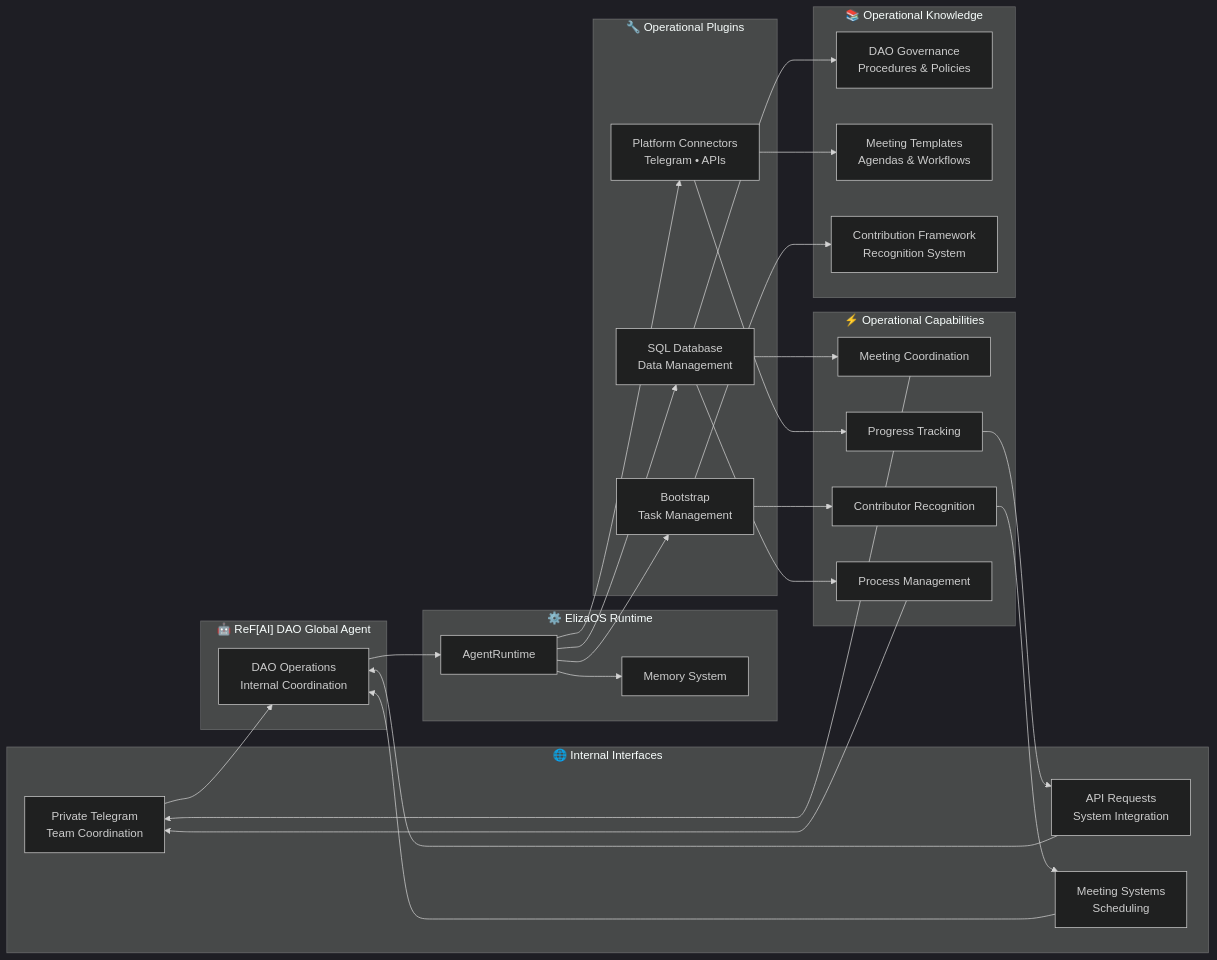
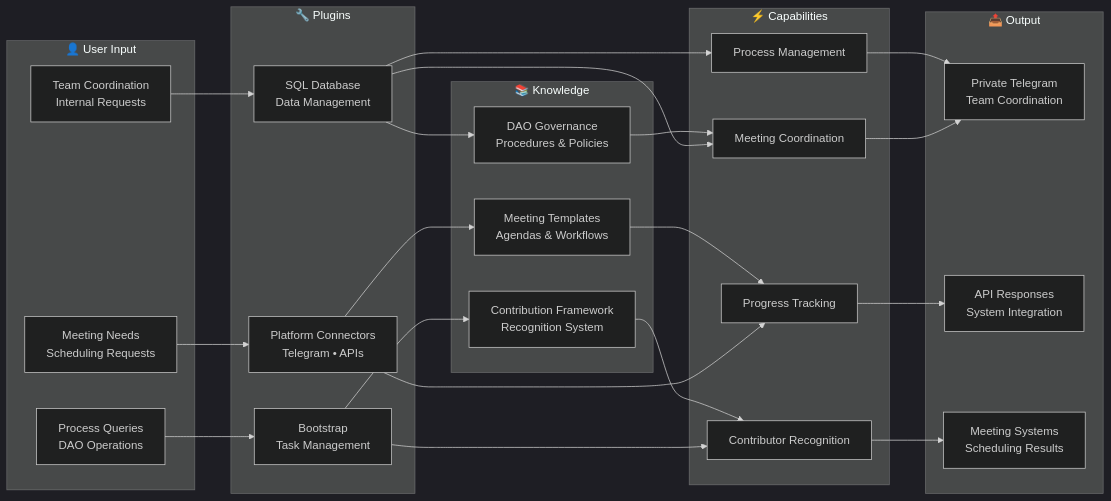
Before and after one commit to ReFiDAO/regen_eliza-refi_dao: the third of 4 diagrams in README.md, drawn with Mermaid (dark theme). The commit also changed other lines of this file, not shown here.

First line of the commit message:
feat: Streamline architecture diagrams in README.md

````diff
--- a/README.md
+++ b/README.md
@@ -194,67 +157,61 @@
 ```mermaid
 graph LR
-    %% External Interfaces - Internal Focus
-    subgraph "🌐 Internal Interfaces"
-        INT1["Private Telegram<br/>Team Coordination"]
-        INT2["API Requests<br/>System Integration"]
-        INT3["Meeting Systems<br/>Scheduling"]
+    %% User Input
+    subgraph "👤 User Input"
+        USR1["Team Coordination<br/>Internal Requests"]
+        USR2["Meeting Needs<br/>Scheduling Requests"]
+        USR3["Process Queries<br/>DAO Operations"]
     end
     
-    %% ReF[AI] DAO Global Agent
-    subgraph "🤖 ReF[AI] DAO Global Agent"
-        GA["DAO Operations<br/>Internal Coordination"]
+    %% Plugins
+    subgraph "🔧 Plugins"
+        PLG1["SQL Database<br/>Data Management"]
+        PLG2["Platform Connectors<br/>Telegram • APIs"]
+        PLG3["Bootstrap<br/>Task Management"]
     end
     
-    %% ElizaOS Runtime
-    subgraph "⚙️ ElizaOS Runtime"
-        RT3["AgentRuntime"]
-        MEM3["Memory System"]
+    %% Capabilities
+    subgraph "⚡ Capabilities"
+        CAP1["Meeting Coordination"]
+        CAP2["Progress Tracking"]
+        CAP3["Contributor Recognition"]
+        CAP4["Process Management"]
     end
     
-    %% Operational Plugins
-    subgraph "🔧 Operational Plugins"
-        PLG7["SQL Database<br/>Data Management"]
-        PLG8["Platform Connectors<br/>Telegram • APIs"]
-        PLG9["Bootstrap<br/>Task Management"]
+    %% Knowledge
+    subgraph "📚 Knowledge"
+        KB1["DAO Governance<br/>Procedures & Policies"]
+        KB2["Meeting Templates<br/>Agendas & Workflows"]
+        KB3["Contribution Framework<br/>Recognition System"]
     end
     
-    %% Operational Capabilities
-    subgraph "⚡ Operational Capabilities"
-        CAP9["Meeting Coordination"]
-        CAP10["Progress Tracking"]
-        CAP11["Contributor Recognition"]
-        CAP12["Process Management"]
-    end
-    
-    %% Operational Knowledge
-    subgraph "📚 Operational Knowledge"
-        KB7["DAO Governance<br/>Procedures & Policies"]
-        KB8["Meeting Templates<br/>Agendas & Workflows"]
-        KB9["Contribution Framework<br/>Recognition System"]
+    %% Output
+    subgraph "📤 Output"
+        OUT1["Private Telegram<br/>Team Coordination"]
+        OUT2["API Responses<br/>System Integration"]
+        OUT3["Meeting Systems<br/>Scheduling Results"]
     end
     
     %% Data Flow
-    INT1 --> GA
-    INT2 --> GA
-    INT3 --> GA
+    USR1 --> PLG1
+    USR2 --> PLG2
+    USR3 --> PLG3
     
-    GA --> RT3
-    RT3 --> PLG7
-    RT3 --> PLG8
-    RT3 --> PLG9
-    RT3 --> MEM3
+    PLG1 --> KB1
+    PLG2 --> KB2
+    PLG3 --> KB3
     
-    PLG7 --> KB7
-    PLG8 --> KB8
-    PLG9 --> KB9
+    PLG1 --> CAP1
+    PLG2 --> CAP2
+    PLG3 --> CAP3
+    PLG1 --> CAP4
     
-    PLG7 --> CAP9
-    PLG8 --> CAP10
-    PLG9 --> CAP11
-    PLG7 --> CAP12
+    KB1 --> CAP1
+    KB2 --> CAP2
+    KB3 --> CAP3
     
-    CAP9 --> INT1
-    CAP10 --> INT2
-    CAP11 --> INT3
-    CAP12 --> INT1
+    CAP1 --> OUT1
+    CAP2 --> OUT2
+    CAP3 --> OUT3
+    CAP4 --> OUT1
 ```
````
